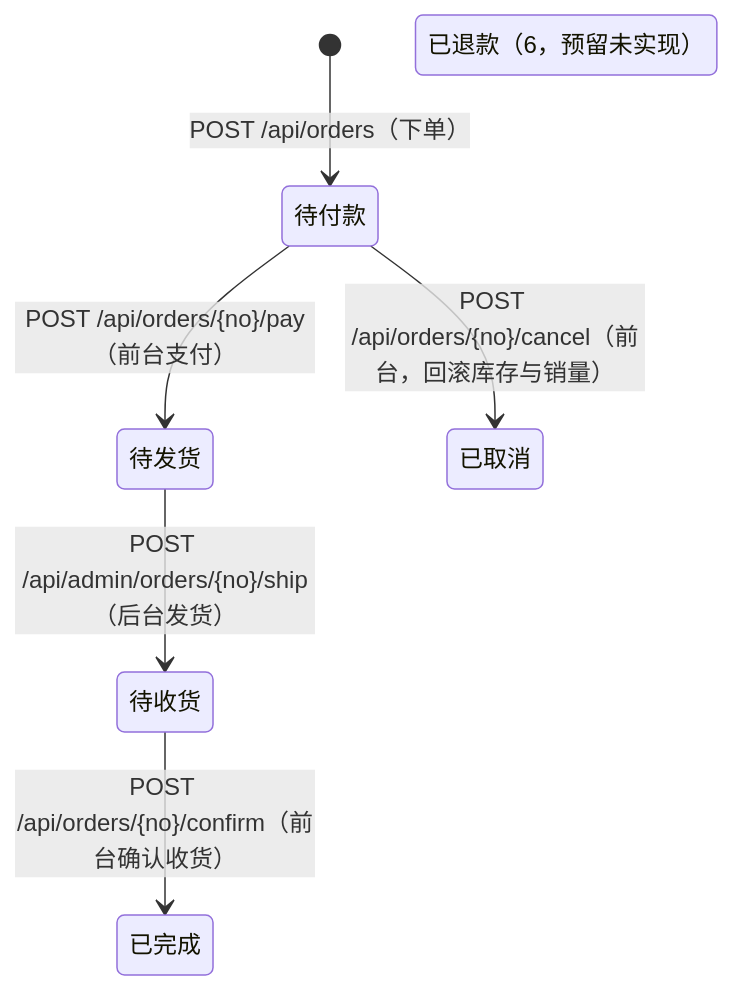
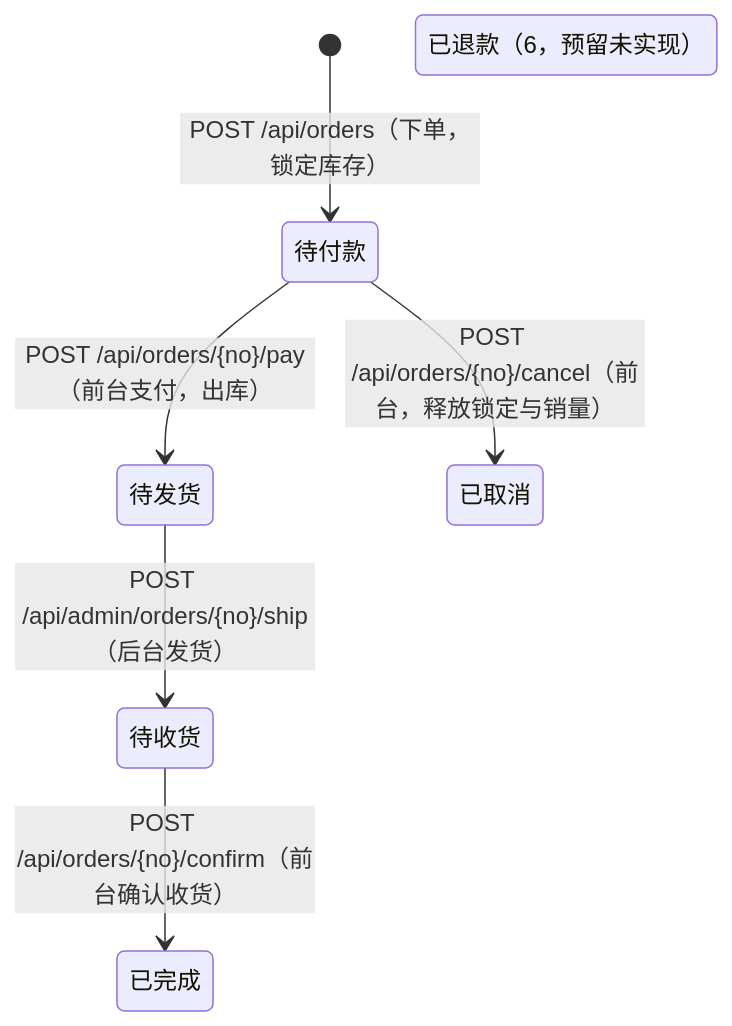
One commit to qihb/shopping-springboot changed the second of 2 diagrams in docs/order-module.md. Above: the diagram before and after it, drawn with Mermaid. The commit also changed other lines of this file and 7 other files, not shown here.

````diff
--- a/docs/order-module.md
+++ b/docs/order-module.md
@@ -169,9 +205,9 @@
 ```mermaid
 stateDiagram-v2
-    [*] --> 待付款: POST /api/orders（下单）
-    待付款 --> 待发货: POST /api/orders/{no}/pay（前台支付）
-    待付款 --> 已取消: POST /api/orders/{no}/cancel（前台，回滚库存与销量）
+    [*] --> 待付款: POST /api/orders（下单，锁定库存）
+    待付款 --> 待发货: POST /api/orders/{no}/pay（前台支付，出库）
+    待付款 --> 已取消: POST /api/orders/{no}/cancel（前台，释放锁定与销量）
     待发货 --> 待收货: POST /api/admin/orders/{no}/ship（后台发货）
     待收货 --> 已完成: POST /api/orders/{no}/confirm（前台确认收货）
     已退款: 已退款（6，预留未实现）
 ```
````
